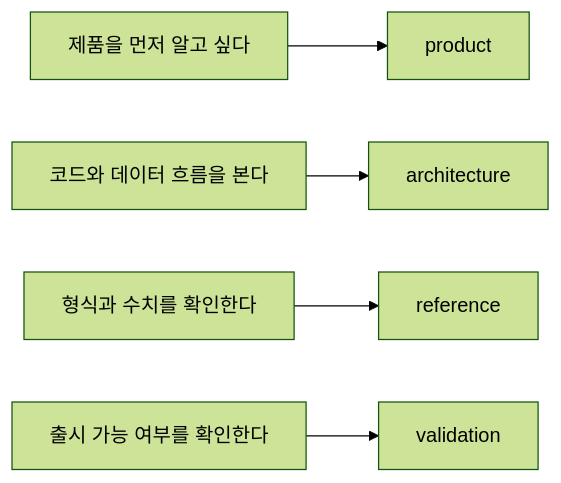
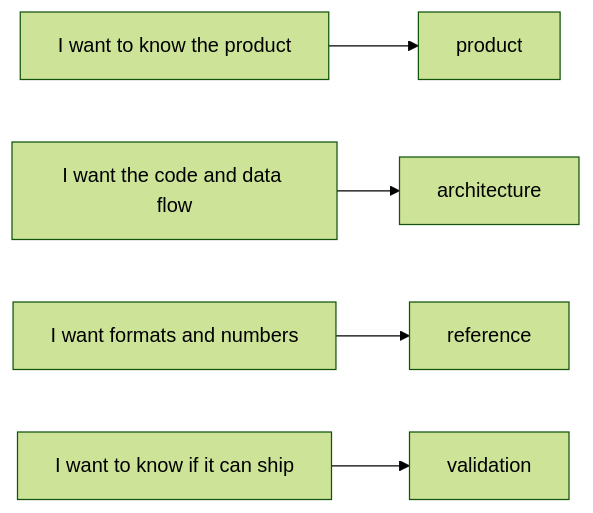
Before and after one commit to habinsong/negaflow: the diagram in docs/README.md, drawn with Mermaid (forest theme). The commit also changed other lines of this file and 119 other files, not shown here.

````diff
--- a/docs/README.md
+++ b/docs/README.md
@@ -5,7 +7,7 @@
 ```mermaid
 flowchart LR
-    A["제품을 먼저 알고 싶다"] --> P["product"]
-    B["코드와 데이터 흐름을 본다"] --> R["architecture"]
-    C["형식과 수치를 확인한다"] --> S["reference"]
-    D["출시 가능 여부를 확인한다"] --> V["validation"]
+    A["I want to know the product"] --> P["product"]
+    B["I want the code and data flow"] --> R["architecture"]
+    C["I want formats and numbers"] --> S["reference"]
+    D["I want to know if it can ship"] --> V["validation"]
 ```
````
